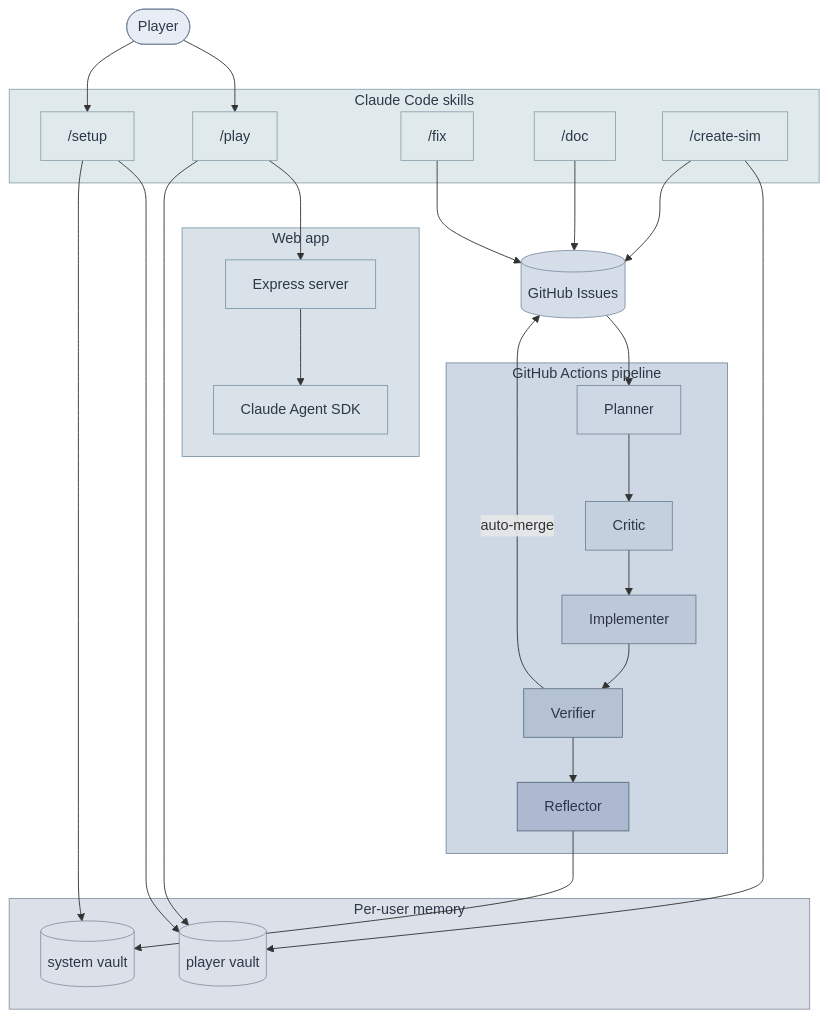
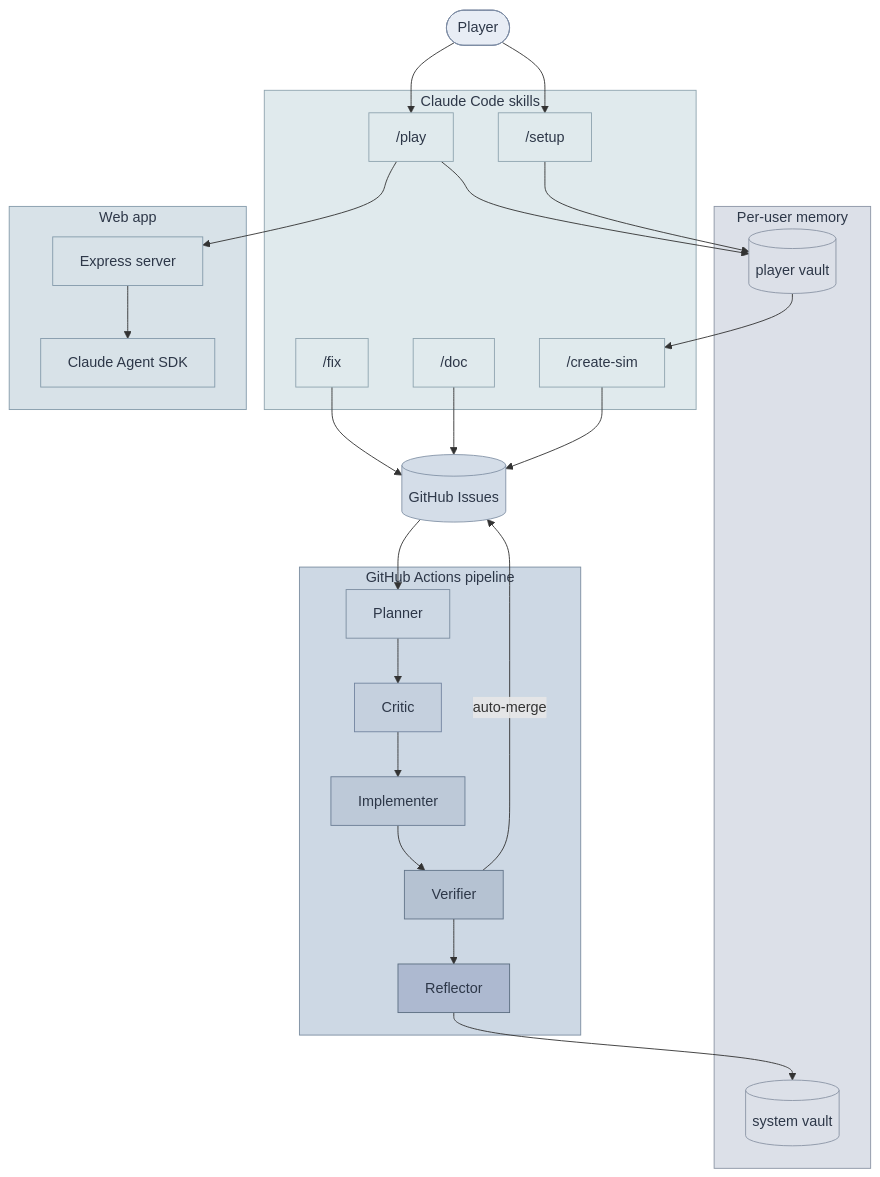
One commit to drashtishah/aws-simulator changed the second of 2 diagrams in README.md. Above: the diagram before and after it, drawn with Mermaid. The commit also changed 1 other file, not shown here.

Commit message:
chore(setup): drop dead system-vault bootstrap and README arrow
learning/system-vault/ ships populated in git, so setup's section 5c
mkdir/cp snippet never runs on a fresh clone (the guard clause always
fires). Deletes the section from .claude/skills/setup/SKILL.md and
removes the misleading Setup --> SystemVault edge from the README
mermaid. Only the reflector writes to the system vault per
feedback_vaults_per_user. Player vault bootstrap in section 5b stays,
that vault is per-user and gitignored.

Closes #196

````diff
--- a/README.md
+++ b/README.md
@@ -44,71 +44,70 @@
 ```mermaid
 flowchart TB
   Player([Player])
   Issues[(GitHub Issues)]
 
   subgraph Skills[Claude Code skills]
     Setup["/setup"]
     Play["/play"]
     Fix["/fix"]
     Doc["/doc"]
     CreateSim["/create-sim"]
   end
 
   subgraph Memory[Per-user memory]
     PlayerVault[(player vault)]
     SystemVault[(system vault)]
   end
 
   subgraph Web[Web app]
     Express[Express server]
     Claude[Claude Agent SDK]
   end
 
   subgraph Pipeline[GitHub Actions pipeline]
     Planner[Planner]
     Critic[Critic]
     Implementer[Implementer]
     Verifier[Verifier]
     Reflector[Reflector]
   end
 
   Player --> Play
   Player --> Setup
   Play --> Express
   Express --> Claude
   Play --> PlayerVault
   Setup --> PlayerVault
-  Setup --> SystemVault
-  CreateSim --> PlayerVault
+  PlayerVault --> CreateSim
   Fix --> Issues
   Doc --> Issues
   CreateSim --> Issues
   Issues --> Planner
   Planner --> Critic
   Critic --> Implementer
   Implementer --> Verifier
   Verifier -->|auto-merge| Issues
   Verifier --> Reflector
   Reflector --> SystemVault
 
   style Player fill:#e8edf5,stroke:#7b8ba3,color:#2d3748
   style Issues fill:#d4dde8,stroke:#8494a7,color:#2d3748
   style Skills fill:#e0eaed,stroke:#8fa4af,color:#2d3748
   style Memory fill:#dce0e8,stroke:#8b95a5,color:#2d3748
   style Web fill:#d8e2e8,stroke:#849aaa,color:#2d3748
   style Pipeline fill:#cdd8e4,stroke:#7b8da0,color:#2d3748
   style Setup fill:#e0eaed,stroke:#8fa4af,color:#2d3748
   style Play fill:#e0eaed,stroke:#8fa4af,color:#2d3748
   style Fix fill:#e0eaed,stroke:#8fa4af,color:#2d3748
   style Doc fill:#e0eaed,stroke:#8fa4af,color:#2d3748
   style CreateSim fill:#e0eaed,stroke:#8fa4af,color:#2d3748
   style PlayerVault fill:#dce0e8,stroke:#8b95a5,color:#2d3748
   style SystemVault fill:#dce0e8,stroke:#8b95a5,color:#2d3748
   style Express fill:#d8e2e8,stroke:#849aaa,color:#2d3748
   style Claude fill:#d8e2e8,stroke:#849aaa,color:#2d3748
   style Planner fill:#cdd8e4,stroke:#7b8da0,color:#2d3748
   style Critic fill:#c5d0de,stroke:#7385a0,color:#2d3748
   style Implementer fill:#bdc9d8,stroke:#6b7d94,color:#2d3748
   style Verifier fill:#b5c2d2,stroke:#63758a,color:#2d3748
   style Reflector fill:#adb9d0,stroke:#5b6d80,color:#2d3748
 ```
````
